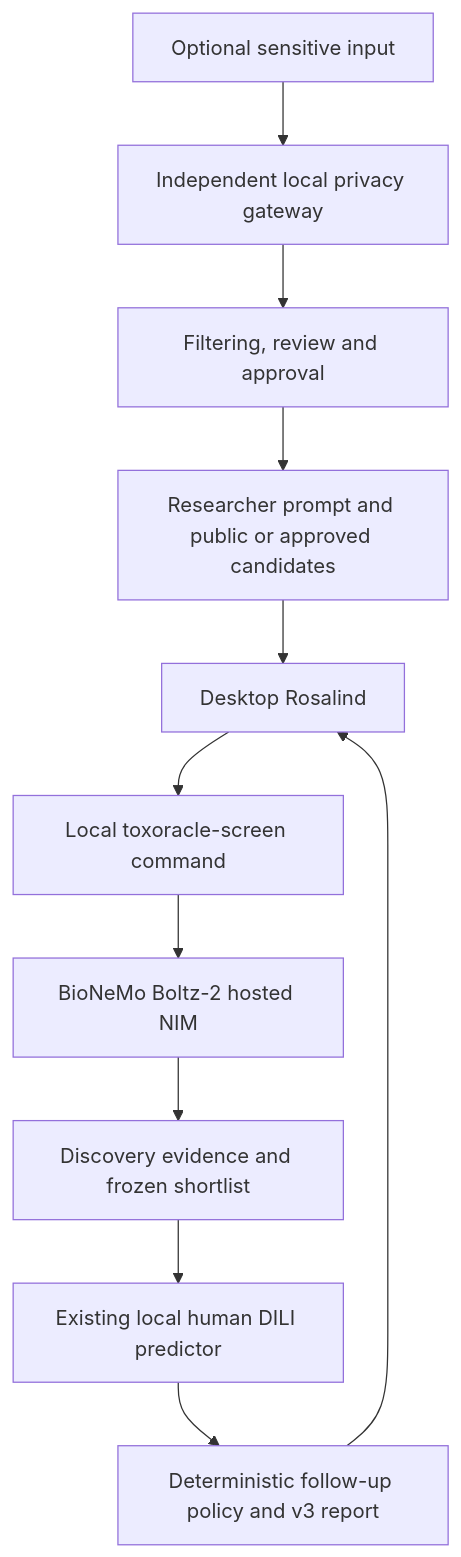
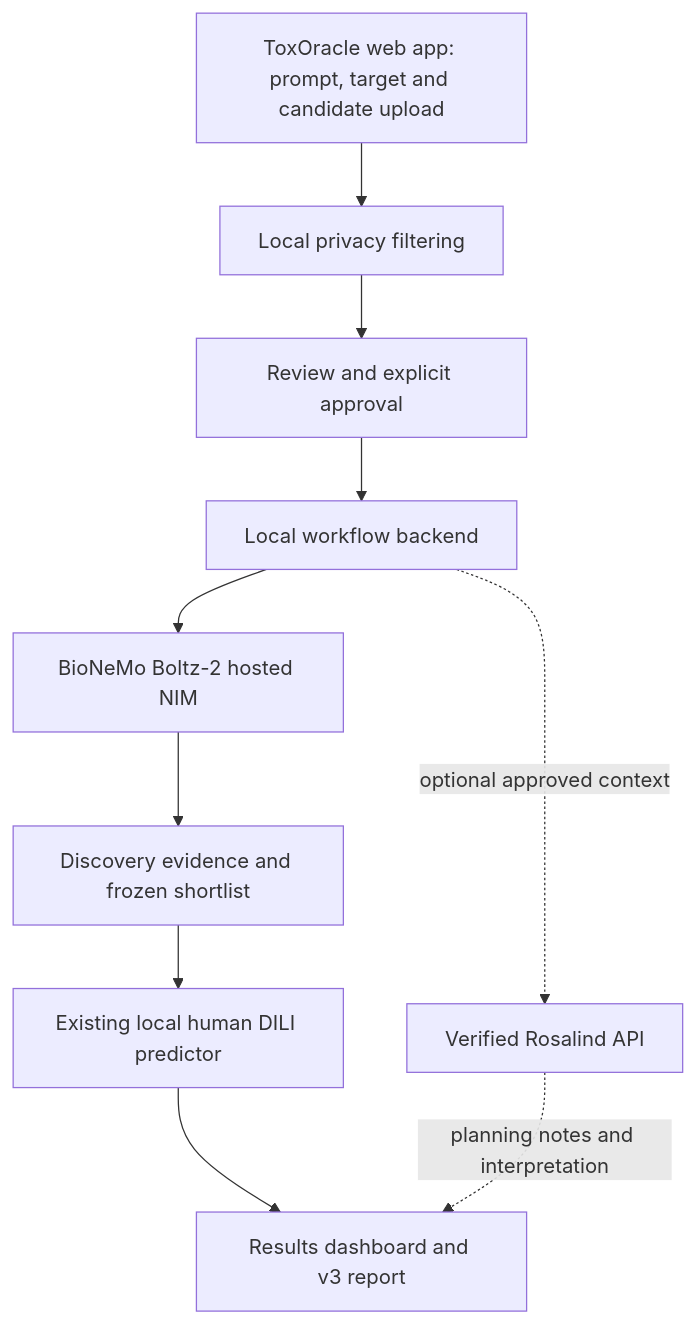
One commit to odeb1/Tox_Oracle changed the diagram in BUILD_PLAN.md. Above: the diagram before and after it, drawn with Mermaid. The commit also changed other lines of this file and 18 other files, not shown here.

Commit message:
feat(app): add local researcher workflow workspace

````diff
--- a/BUILD_PLAN.md
+++ b/BUILD_PLAN.md
@@ -31,13 +33,12 @@
 ```mermaid
 flowchart TD
-    U[Researcher prompt and public or approved candidates] --> R[Desktop Rosalind]
-    R --> S[Local toxoracle-screen command]
+    U[ToxOracle web app: prompt, target and candidate upload] --> P[Local privacy filtering]
+    P --> V[Review and explicit approval]
+    V --> S[Local workflow backend]
     S --> A[BioNeMo Boltz-2 hosted NIM]
     A --> D[Discovery evidence and frozen shortlist]
     D --> B[Existing local human DILI predictor]
-    B --> J[Deterministic follow-up policy and v3 report]
-    J --> R
-    P[Optional sensitive input] --> F[Independent local privacy gateway]
-    F --> V[Filtering, review and approval]
-    V --> U
+    B --> J[Results dashboard and v3 report]
+    S -. optional approved context .-> R[Verified Rosalind API]
+    R -. planning notes and interpretation .-> J
 ```
````
